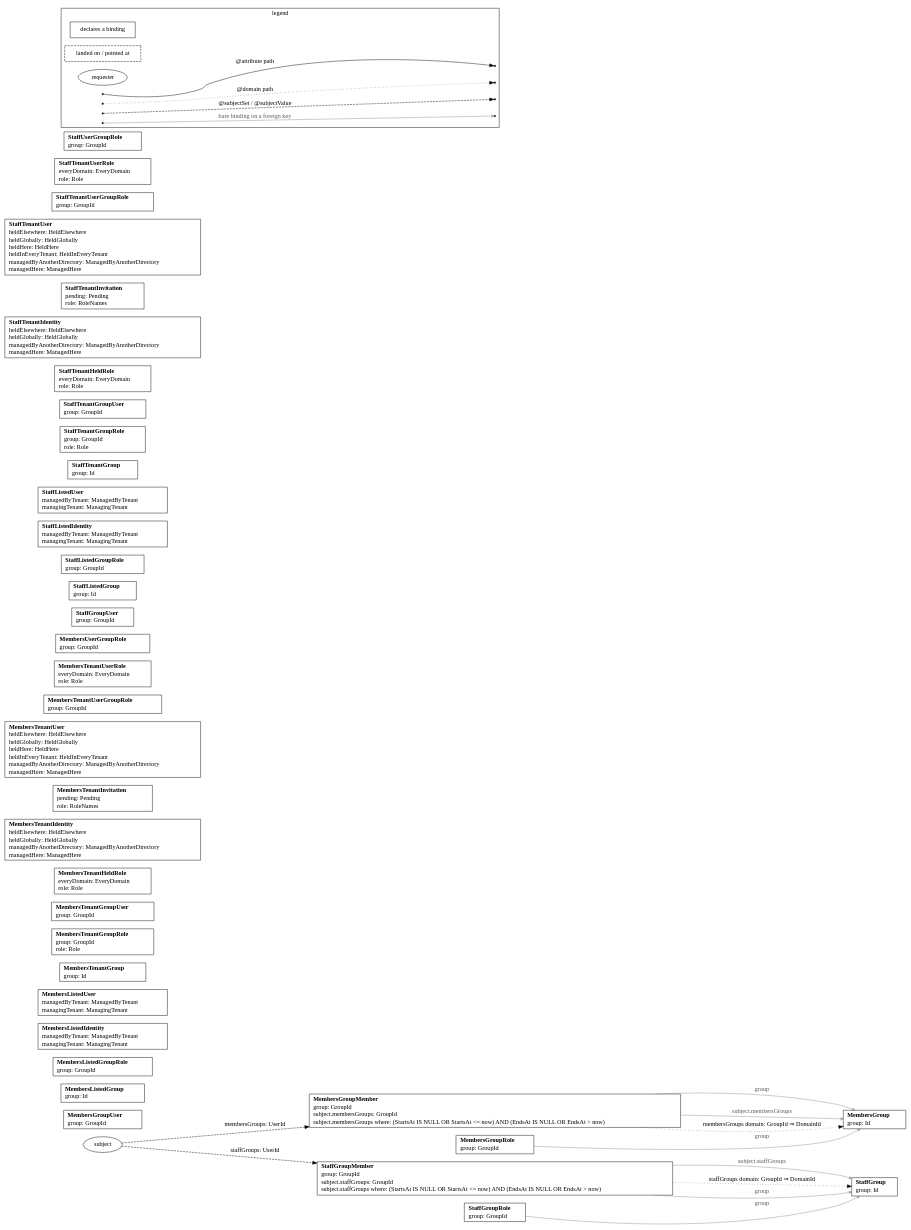
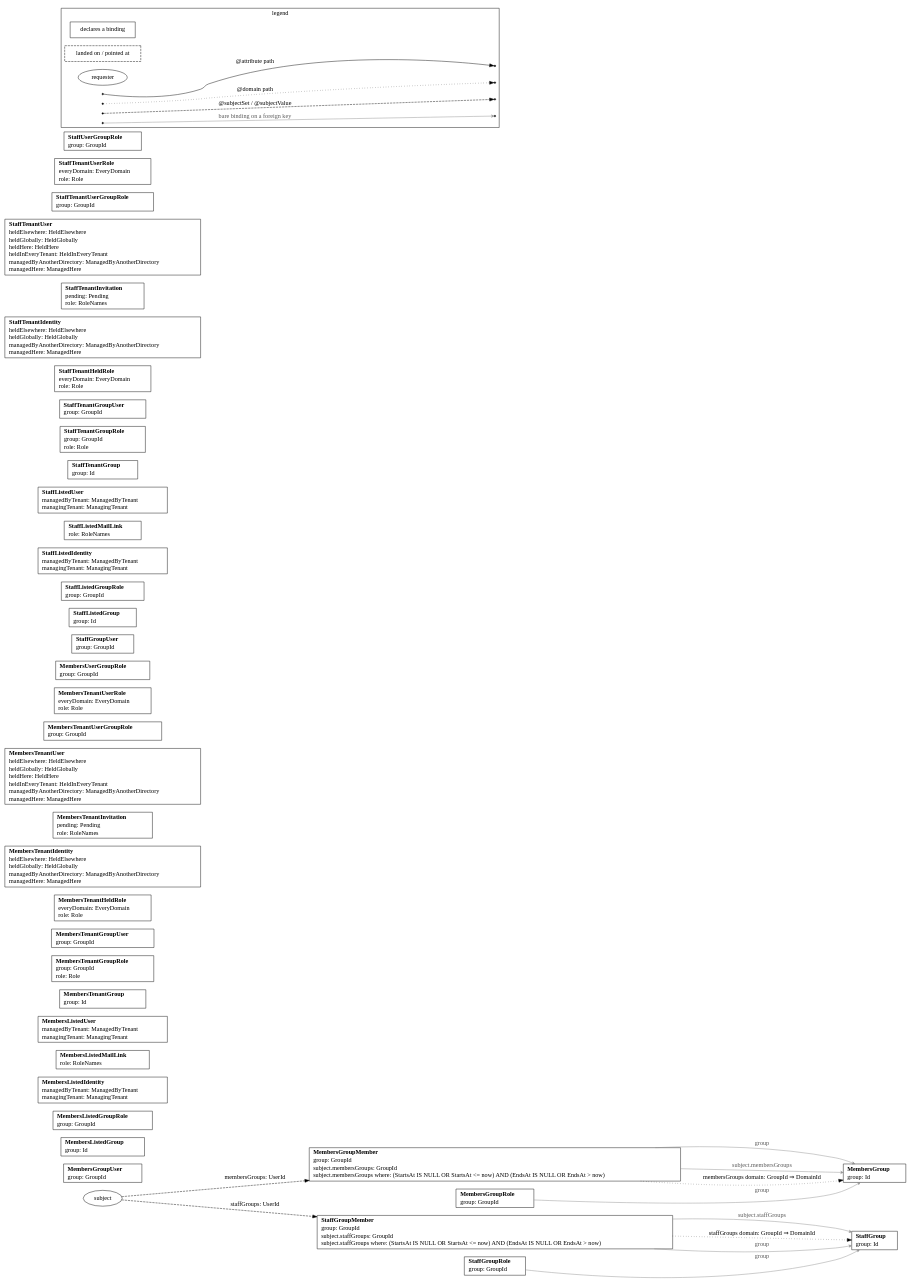
One commit to impulseframework/impulse changed the diagram in cmd/impulse/internal/skeleton/_candidates/outlets/pkg/resources/zz_gen_bindings.dot. Above: the diagram before and after it, drawn with Graphviz. The commit also changed 223 other files, not shown here.

```diff
--- a/cmd/impulse/internal/skeleton/_candidates/outlets/pkg/resources/zz_gen_bindings.dot
+++ b/cmd/impulse/internal/skeleton/_candidates/outlets/pkg/resources/zz_gen_bindings.dot
@@ -1,87 +1,89 @@
 // Code generated by resourcegeneration. DO NOT EDIT.
 // Bindings: every attribute and subject binding this package declares. A box per
 // declaring resource lists its bare bindings as `name: column`; dashed boxes are
 // the tables a path lands on or a foreign key points at; the subject ellipse is
 // the requester, entering each anchor once with every name it yields there. One
 // edge per hop, drawn once however many paths share it: solid for @attribute,
 // dotted for @domain, dashed for a subject binding, labeled `name: column` on a
 // continuing hop and `name: column ⇒ column` where the path terminates; a thin
 // gray edge points a bare binding on a foreign key at its table. Facts only: no
 // grant or condition is drawn.
 // A subject set that writes a who: or a where: part lists each under the set, in
 // the columns' names: who: says which rows are the requester's, where: which of
 // those rows count. A set that builds on another is a dashed edge from the
 // resource declaring that other set, labeled `name: column IN subject.other`.
 // A subject set that writes a domain: part says where its rows' tenant is found,
 // and in a request with a tenant the set holds that tenant's rows alone. The path
 // is drawn dotted, as @domain's is, under the set's name: `name domain: column` on
 // a continuing hop and `name domain: column ⇒ column` where it reads the tenant.
 digraph Bindings {
 	rankdir=LR;
 	node [shape=box];
 	"MembersGroup" [label=<<table border="0" cellborder="0" cellspacing="0" cellpadding="1"><tr><td align="left"><b>MembersGroup</b></td></tr><tr><td align="left">group: Id</td></tr></table>>];
 	"MembersGroupMember" [label=<<table border="0" cellborder="0" cellspacing="0" cellpadding="1"><tr><td align="left"><b>MembersGroupMember</b></td></tr><tr><td align="left">group: GroupId</td></tr><tr><td align="left">subject.membersGroups: GroupId</td></tr><tr><td align="left">subject.membersGroups where: (StartsAt IS NULL OR StartsAt &lt;= now) AND (EndsAt IS NULL OR EndsAt &gt; now)</td></tr></table>>];
 	"MembersGroupRole" [label=<<table border="0" cellborder="0" cellspacing="0" cellpadding="1"><tr><td align="left"><b>MembersGroupRole</b></td></tr><tr><td align="left">group: GroupId</td></tr></table>>];
 	"MembersGroupUser" [label=<<table border="0" cellborder="0" cellspacing="0" cellpadding="1"><tr><td align="left"><b>MembersGroupUser</b></td></tr><tr><td align="left">group: GroupId</td></tr></table>>];
 	"MembersListedGroup" [label=<<table border="0" cellborder="0" cellspacing="0" cellpadding="1"><tr><td align="left"><b>MembersListedGroup</b></td></tr><tr><td align="left">group: Id</td></tr></table>>];
 	"MembersListedGroupRole" [label=<<table border="0" cellborder="0" cellspacing="0" cellpadding="1"><tr><td align="left"><b>MembersListedGroupRole</b></td></tr><tr><td align="left">group: GroupId</td></tr></table>>];
 	"MembersListedIdentity" [label=<<table border="0" cellborder="0" cellspacing="0" cellpadding="1"><tr><td align="left"><b>MembersListedIdentity</b></td></tr><tr><td align="left">managedByTenant: ManagedByTenant</td></tr><tr><td align="left">managingTenant: ManagingTenant</td></tr></table>>];
+	"MembersListedMailLink" [label=<<table border="0" cellborder="0" cellspacing="0" cellpadding="1"><tr><td align="left"><b>MembersListedMailLink</b></td></tr><tr><td align="left">role: RoleNames</td></tr></table>>];
 	"MembersListedUser" [label=<<table border="0" cellborder="0" cellspacing="0" cellpadding="1"><tr><td align="left"><b>MembersListedUser</b></td></tr><tr><td align="left">managedByTenant: ManagedByTenant</td></tr><tr><td align="left">managingTenant: ManagingTenant</td></tr></table>>];
 	"MembersTenantGroup" [label=<<table border="0" cellborder="0" cellspacing="0" cellpadding="1"><tr><td align="left"><b>MembersTenantGroup</b></td></tr><tr><td align="left">group: Id</td></tr></table>>];
 	"MembersTenantGroupRole" [label=<<table border="0" cellborder="0" cellspacing="0" cellpadding="1"><tr><td align="left"><b>MembersTenantGroupRole</b></td></tr><tr><td align="left">group: GroupId</td></tr><tr><td align="left">role: Role</td></tr></table>>];
 	"MembersTenantGroupUser" [label=<<table border="0" cellborder="0" cellspacing="0" cellpadding="1"><tr><td align="left"><b>MembersTenantGroupUser</b></td></tr><tr><td align="left">group: GroupId</td></tr></table>>];
 	"MembersTenantHeldRole" [label=<<table border="0" cellborder="0" cellspacing="0" cellpadding="1"><tr><td align="left"><b>MembersTenantHeldRole</b></td></tr><tr><td align="left">everyDomain: EveryDomain</td></tr><tr><td align="left">role: Role</td></tr></table>>];
 	"MembersTenantIdentity" [label=<<table border="0" cellborder="0" cellspacing="0" cellpadding="1"><tr><td align="left"><b>MembersTenantIdentity</b></td></tr><tr><td align="left">heldElsewhere: HeldElsewhere</td></tr><tr><td align="left">heldGlobally: HeldGlobally</td></tr><tr><td align="left">managedByAnotherDirectory: ManagedByAnotherDirectory</td></tr><tr><td align="left">managedHere: ManagedHere</td></tr></table>>];
 	"MembersTenantInvitation" [label=<<table border="0" cellborder="0" cellspacing="0" cellpadding="1"><tr><td align="left"><b>MembersTenantInvitation</b></td></tr><tr><td align="left">pending: Pending</td></tr><tr><td align="left">role: RoleNames</td></tr></table>>];
 	"MembersTenantUser" [label=<<table border="0" cellborder="0" cellspacing="0" cellpadding="1"><tr><td align="left"><b>MembersTenantUser</b></td></tr><tr><td align="left">heldElsewhere: HeldElsewhere</td></tr><tr><td align="left">heldGlobally: HeldGlobally</td></tr><tr><td align="left">heldHere: HeldHere</td></tr><tr><td align="left">heldInEveryTenant: HeldInEveryTenant</td></tr><tr><td align="left">managedByAnotherDirectory: ManagedByAnotherDirectory</td></tr><tr><td align="left">managedHere: ManagedHere</td></tr></table>>];
 	"MembersTenantUserGroupRole" [label=<<table border="0" cellborder="0" cellspacing="0" cellpadding="1"><tr><td align="left"><b>MembersTenantUserGroupRole</b></td></tr><tr><td align="left">group: GroupId</td></tr></table>>];
 	"MembersTenantUserRole" [label=<<table border="0" cellborder="0" cellspacing="0" cellpadding="1"><tr><td align="left"><b>MembersTenantUserRole</b></td></tr><tr><td align="left">everyDomain: EveryDomain</td></tr><tr><td align="left">role: Role</td></tr></table>>];
 	"MembersUserGroupRole" [label=<<table border="0" cellborder="0" cellspacing="0" cellpadding="1"><tr><td align="left"><b>MembersUserGroupRole</b></td></tr><tr><td align="left">group: GroupId</td></tr></table>>];
 	"StaffGroup" [label=<<table border="0" cellborder="0" cellspacing="0" cellpadding="1"><tr><td align="left"><b>StaffGroup</b></td></tr><tr><td align="left">group: Id</td></tr></table>>];
 	"StaffGroupMember" [label=<<table border="0" cellborder="0" cellspacing="0" cellpadding="1"><tr><td align="left"><b>StaffGroupMember</b></td></tr><tr><td align="left">group: GroupId</td></tr><tr><td align="left">subject.staffGroups: GroupId</td></tr><tr><td align="left">subject.staffGroups where: (StartsAt IS NULL OR StartsAt &lt;= now) AND (EndsAt IS NULL OR EndsAt &gt; now)</td></tr></table>>];
 	"StaffGroupRole" [label=<<table border="0" cellborder="0" cellspacing="0" cellpadding="1"><tr><td align="left"><b>StaffGroupRole</b></td></tr><tr><td align="left">group: GroupId</td></tr></table>>];
 	"StaffGroupUser" [label=<<table border="0" cellborder="0" cellspacing="0" cellpadding="1"><tr><td align="left"><b>StaffGroupUser</b></td></tr><tr><td align="left">group: GroupId</td></tr></table>>];
 	"StaffListedGroup" [label=<<table border="0" cellborder="0" cellspacing="0" cellpadding="1"><tr><td align="left"><b>StaffListedGroup</b></td></tr><tr><td align="left">group: Id</td></tr></table>>];
 	"StaffListedGroupRole" [label=<<table border="0" cellborder="0" cellspacing="0" cellpadding="1"><tr><td align="left"><b>StaffListedGroupRole</b></td></tr><tr><td align="left">group: GroupId</td></tr></table>>];
 	"StaffListedIdentity" [label=<<table border="0" cellborder="0" cellspacing="0" cellpadding="1"><tr><td align="left"><b>StaffListedIdentity</b></td></tr><tr><td align="left">managedByTenant: ManagedByTenant</td></tr><tr><td align="left">managingTenant: ManagingTenant</td></tr></table>>];
+	"StaffListedMailLink" [label=<<table border="0" cellborder="0" cellspacing="0" cellpadding="1"><tr><td align="left"><b>StaffListedMailLink</b></td></tr><tr><td align="left">role: RoleNames</td></tr></table>>];
 	"StaffListedUser" [label=<<table border="0" cellborder="0" cellspacing="0" cellpadding="1"><tr><td align="left"><b>StaffListedUser</b></td></tr><tr><td align="left">managedByTenant: ManagedByTenant</td></tr><tr><td align="left">managingTenant: ManagingTenant</td></tr></table>>];
 	"StaffTenantGroup" [label=<<table border="0" cellborder="0" cellspacing="0" cellpadding="1"><tr><td align="left"><b>StaffTenantGroup</b></td></tr><tr><td align="left">group: Id</td></tr></table>>];
 	"StaffTenantGroupRole" [label=<<table border="0" cellborder="0" cellspacing="0" cellpadding="1"><tr><td align="left"><b>StaffTenantGroupRole</b></td></tr><tr><td align="left">group: GroupId</td></tr><tr><td align="left">role: Role</td></tr></table>>];
 	"StaffTenantGroupUser" [label=<<table border="0" cellborder="0" cellspacing="0" cellpadding="1"><tr><td align="left"><b>StaffTenantGroupUser</b></td></tr><tr><td align="left">group: GroupId</td></tr></table>>];
 	"StaffTenantHeldRole" [label=<<table border="0" cellborder="0" cellspacing="0" cellpadding="1"><tr><td align="left"><b>StaffTenantHeldRole</b></td></tr><tr><td align="left">everyDomain: EveryDomain</td></tr><tr><td align="left">role: Role</td></tr></table>>];
 	"StaffTenantIdentity" [label=<<table border="0" cellborder="0" cellspacing="0" cellpadding="1"><tr><td align="left"><b>StaffTenantIdentity</b></td></tr><tr><td align="left">heldElsewhere: HeldElsewhere</td></tr><tr><td align="left">heldGlobally: HeldGlobally</td></tr><tr><td align="left">managedByAnotherDirectory: ManagedByAnotherDirectory</td></tr><tr><td align="left">managedHere: ManagedHere</td></tr></table>>];
 	"StaffTenantInvitation" [label=<<table border="0" cellborder="0" cellspacing="0" cellpadding="1"><tr><td align="left"><b>StaffTenantInvitation</b></td></tr><tr><td align="left">pending: Pending</td></tr><tr><td align="left">role: RoleNames</td></tr></table>>];
 	"StaffTenantUser" [label=<<table border="0" cellborder="0" cellspacing="0" cellpadding="1"><tr><td align="left"><b>StaffTenantUser</b></td></tr><tr><td align="left">heldElsewhere: HeldElsewhere</td></tr><tr><td align="left">heldGlobally: HeldGlobally</td></tr><tr><td align="left">heldHere: HeldHere</td></tr><tr><td align="left">heldInEveryTenant: HeldInEveryTenant</td></tr><tr><td align="left">managedByAnotherDirectory: ManagedByAnotherDirectory</td></tr><tr><td align="left">managedHere: ManagedHere</td></tr></table>>];
 	"StaffTenantUserGroupRole" [label=<<table border="0" cellborder="0" cellspacing="0" cellpadding="1"><tr><td align="left"><b>StaffTenantUserGroupRole</b></td></tr><tr><td align="left">group: GroupId</td></tr></table>>];
 	"StaffTenantUserRole" [label=<<table border="0" cellborder="0" cellspacing="0" cellpadding="1"><tr><td align="left"><b>StaffTenantUserRole</b></td></tr><tr><td align="left">everyDomain: EveryDomain</td></tr><tr><td align="left">role: Role</td></tr></table>>];
 	"StaffUserGroupRole" [label=<<table border="0" cellborder="0" cellspacing="0" cellpadding="1"><tr><td align="left"><b>StaffUserGroupRole</b></td></tr><tr><td align="left">group: GroupId</td></tr></table>>];
 	"subject" [shape=ellipse];
 	"MembersGroupMember" -> "MembersGroup" [style=dotted, label="membersGroups domain: GroupId ⇒ DomainId"];
 	"StaffGroupMember" -> "StaffGroup" [style=dotted, label="staffGroups domain: GroupId ⇒ DomainId"];
 	"subject" -> "MembersGroupMember" [style=dashed, label="membersGroups: UserId"];
 	"subject" -> "StaffGroupMember" [style=dashed, label="staffGroups: UserId"];
 	"MembersGroupMember" -> "MembersGroup" [color=gray55, fontcolor=gray35, arrowhead=vee, arrowsize=0.6, label="group"];
 	"MembersGroupMember" -> "MembersGroup" [color=gray55, fontcolor=gray35, arrowhead=vee, arrowsize=0.6, label="subject.membersGroups"];
 	"MembersGroupRole" -> "MembersGroup" [color=gray55, fontcolor=gray35, arrowhead=vee, arrowsize=0.6, label="group"];
 	"StaffGroupMember" -> "StaffGroup" [color=gray55, fontcolor=gray35, arrowhead=vee, arrowsize=0.6, label="group"];
 	"StaffGroupMember" -> "StaffGroup" [color=gray55, fontcolor=gray35, arrowhead=vee, arrowsize=0.6, label="subject.staffGroups"];
 	"StaffGroupRole" -> "StaffGroup" [color=gray55, fontcolor=gray35, arrowhead=vee, arrowsize=0.6, label="group"];
 	subgraph cluster_legend {
 		label="legend";
 		"declares a binding" [shape=box];
 		"landed on / pointed at" [shape=box, style=dashed];
 		"requester" [shape=ellipse];
 		"legend:attribute" [shape=point];
 		"legend:attribute:to" [shape=point];
 		"legend:domain" [shape=point];
 		"legend:domain:to" [shape=point];
 		"legend:subject" [shape=point];
 		"legend:subject:to" [shape=point];
 		"legend:reference" [shape=point];
 		"legend:reference:to" [shape=point];
 		"legend:attribute" -> "legend:attribute:to" [label="@attribute path"];
 		"legend:domain" -> "legend:domain:to" [style=dotted, label="@domain path"];
 		"legend:subject" -> "legend:subject:to" [style=dashed, label="@subjectSet / @subjectValue"];
 		"legend:reference" -> "legend:reference:to" [color=gray55, fontcolor=gray35, arrowhead=vee, arrowsize=0.6, label="bare binding on a foreign key"];
 	}
 }
```
